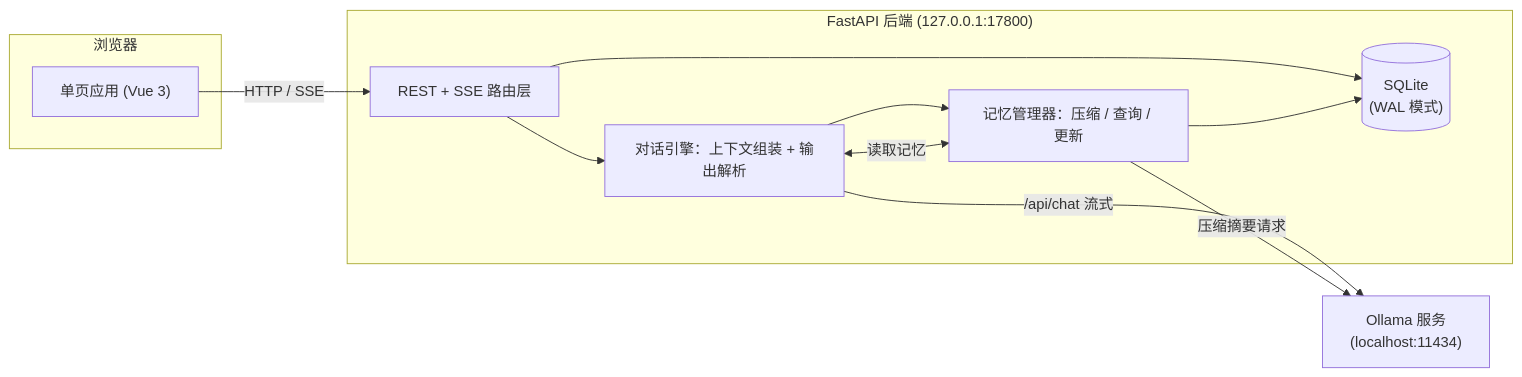
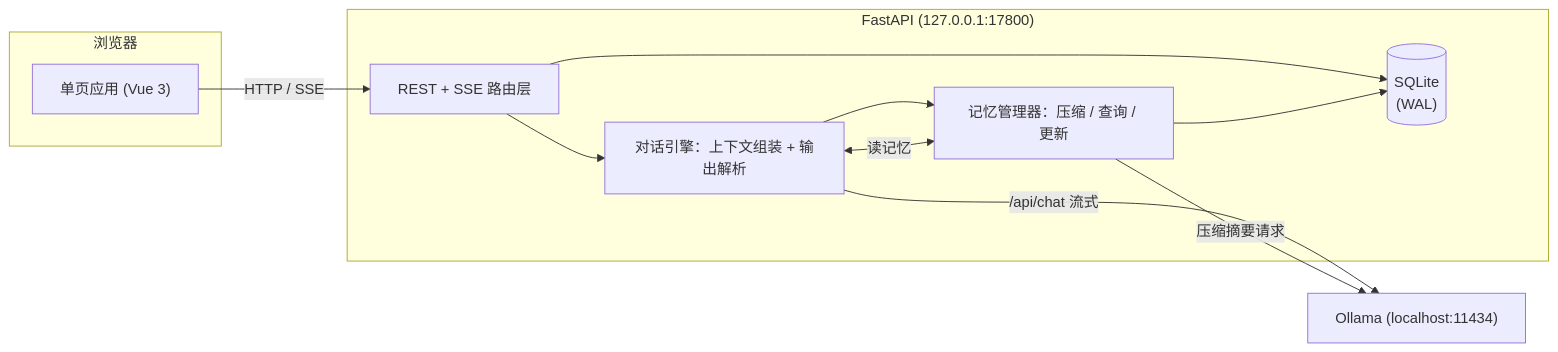
The first of 2 diagrams in DEVELOPMENT.md (camoilo/wonder-realm), drawn with Mermaid before and after one commit. The commit also changed other lines of this file and 16 other files, not shown here.

Commit message:
优化前端页面：增加了亮/暗主题切换功能，右侧标签页改为图标垂直排列。

````diff
--- a/DEVELOPMENT.md
+++ b/DEVELOPMENT.md
@@ -304,22 +168,21 @@
 ```mermaid
 flowchart LR
     subgraph Browser["浏览器"]
         UI["单页应用 (Vue 3)"]
     end
-    subgraph Backend["FastAPI 后端 (127.0.0.1:17800)"]
+    subgraph Backend["FastAPI (127.0.0.1:17800)"]
         ROUTES["REST + SSE 路由层"]
         ENGINE["对话引擎：上下文组装 + 输出解析"]
         MEMMGR["记忆管理器：压缩 / 查询 / 更新"]
-        DB[("SQLite\n(WAL 模式)")]
+        DB[("SQLite\n(WAL)")]
     end
-    OLLAMA["Ollama 服务\n(localhost:11434)"]
-
+    OLLAMA["Ollama (localhost:11434)"]
     UI -->|"HTTP / SSE"| ROUTES
     ROUTES --> ENGINE
     ROUTES --> DB
     ENGINE --> MEMMGR
-    ENGINE <-->|"读取记忆"| MEMMGR
+    ENGINE <-->|"读记忆"| MEMMGR
     MEMMGR --> DB
     ENGINE -->|"/api/chat 流式"| OLLAMA
     MEMMGR -->|"压缩摘要请求"| OLLAMA
 ```
````
